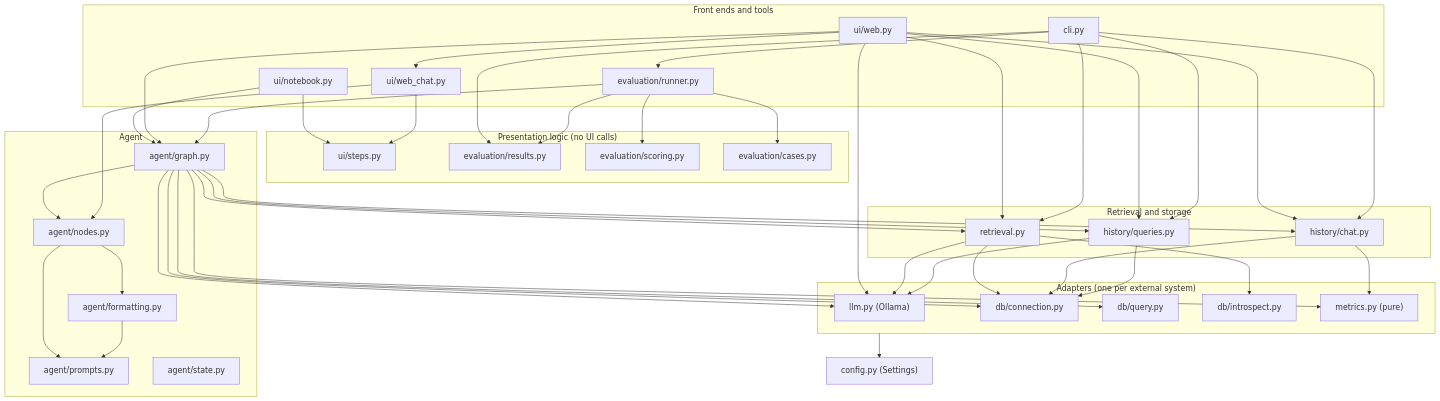
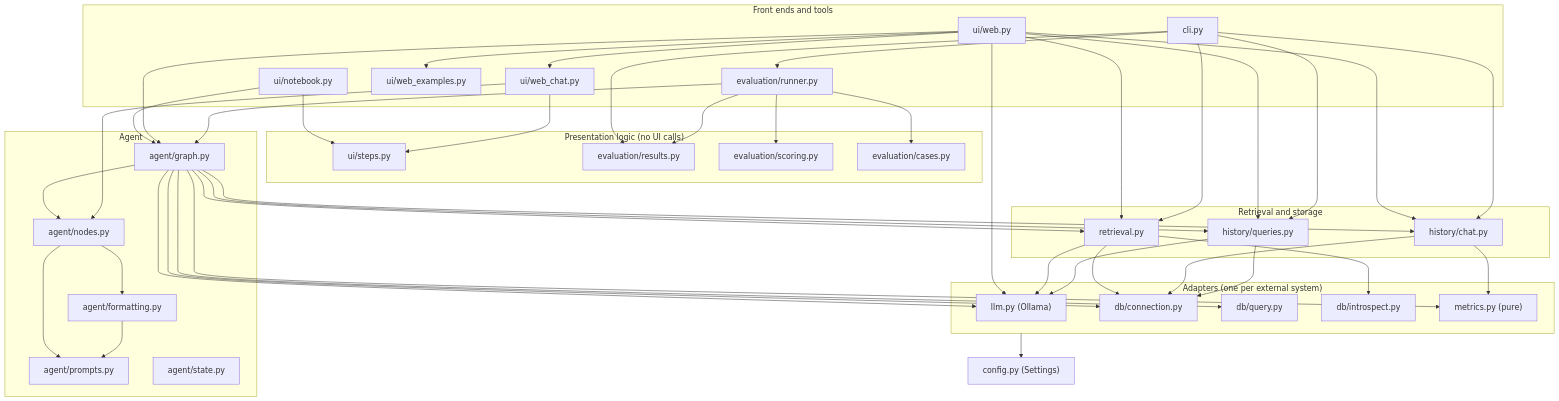
The second of 7 diagrams in EXPLAIN.md (JiraKorn404/RAG-SQL-Layer), drawn with Mermaid before and after one commit. The commit also changed other lines of this file and 36 other files, not shown here.

````diff
--- a/EXPLAIN.md
+++ b/EXPLAIN.md
@@ -113,46 +113,47 @@
 ```mermaid
 flowchart TB
     subgraph L5["Front ends and tools"]
         notebook["ui/notebook.py"]
         web["ui/web.py"] --> web_chat["ui/web_chat.py"]
+        web --> web_examples["ui/web_examples.py"]
         cli["cli.py"]
         runner["evaluation/runner.py"]
     end
     subgraph L4["Presentation logic (no UI calls)"]
         steps["ui/steps.py"]
         results["evaluation/results.py"]
         scoring["evaluation/scoring.py"]
         cases["evaluation/cases.py"]
     end
     subgraph L3["Agent"]
         agraph["agent/graph.py"] --> nodes["agent/nodes.py"]
         nodes --> formatting["agent/formatting.py"]
         nodes --> prompts["agent/prompts.py"]
         formatting --> prompts
         astate["agent/state.py"]
     end
     subgraph L2["Retrieval and storage"]
         retrieval["retrieval.py"]
         chat["history/chat.py"]
         queries["history/queries.py"]
     end
     subgraph L1["Adapters (one per external system)"]
         llm["llm.py (Ollama)"]
         connection["db/connection.py"]
         dbquery["db/query.py"]
         introspect["db/introspect.py"]
         metrics["metrics.py (pure)"]
     end
     config["config.py (Settings)"]
 
     notebook --> agraph & steps
     web_chat --> steps & nodes
     web --> agraph & chat & queries & retrieval & llm
     cli --> retrieval & chat & queries & runner & results
     runner --> agraph & cases & scoring & results
     agraph --> retrieval & chat & queries & llm & dbquery & connection & metrics
     retrieval --> introspect & connection & llm
     chat --> connection & metrics
     queries --> connection & llm
     L1 --> config
 ```
````
